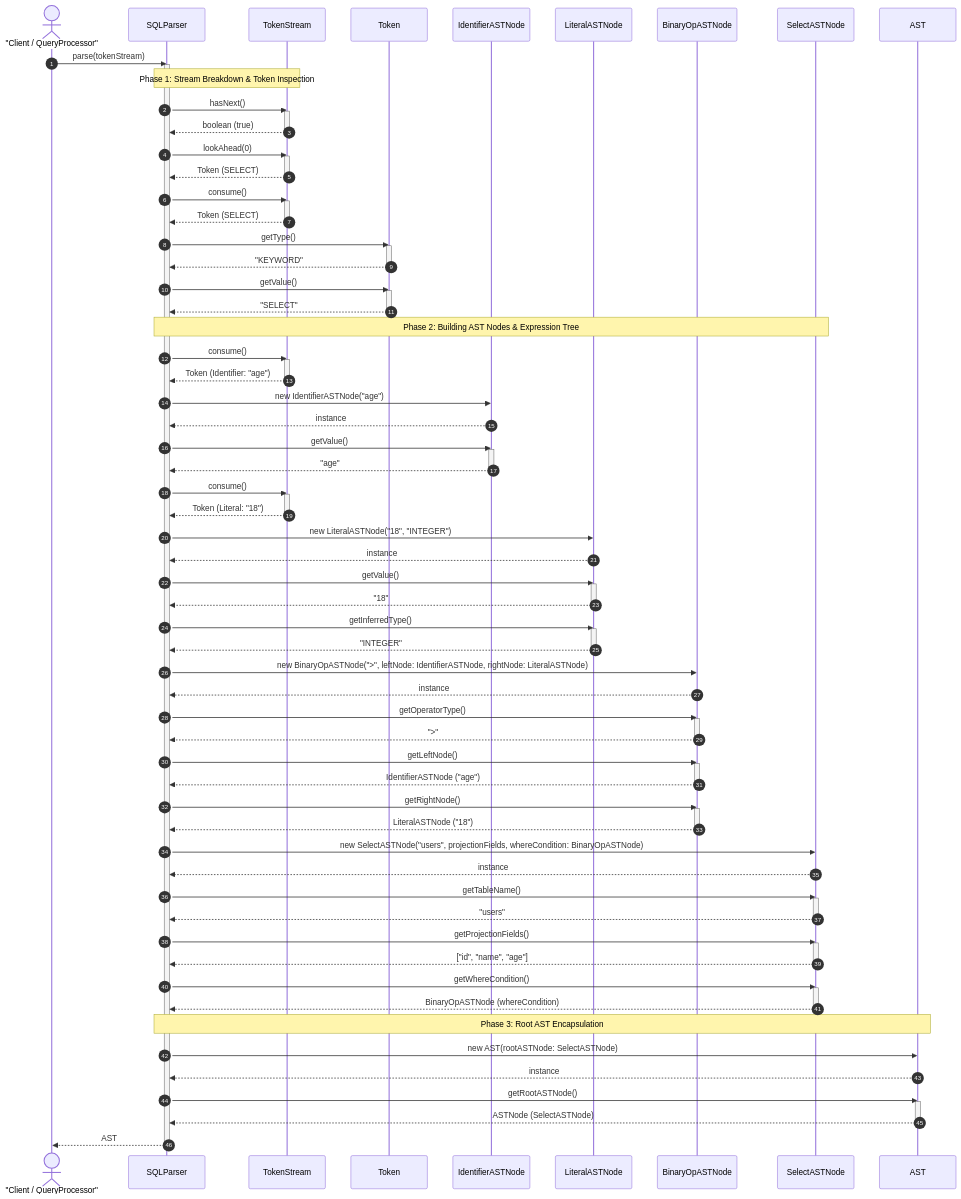
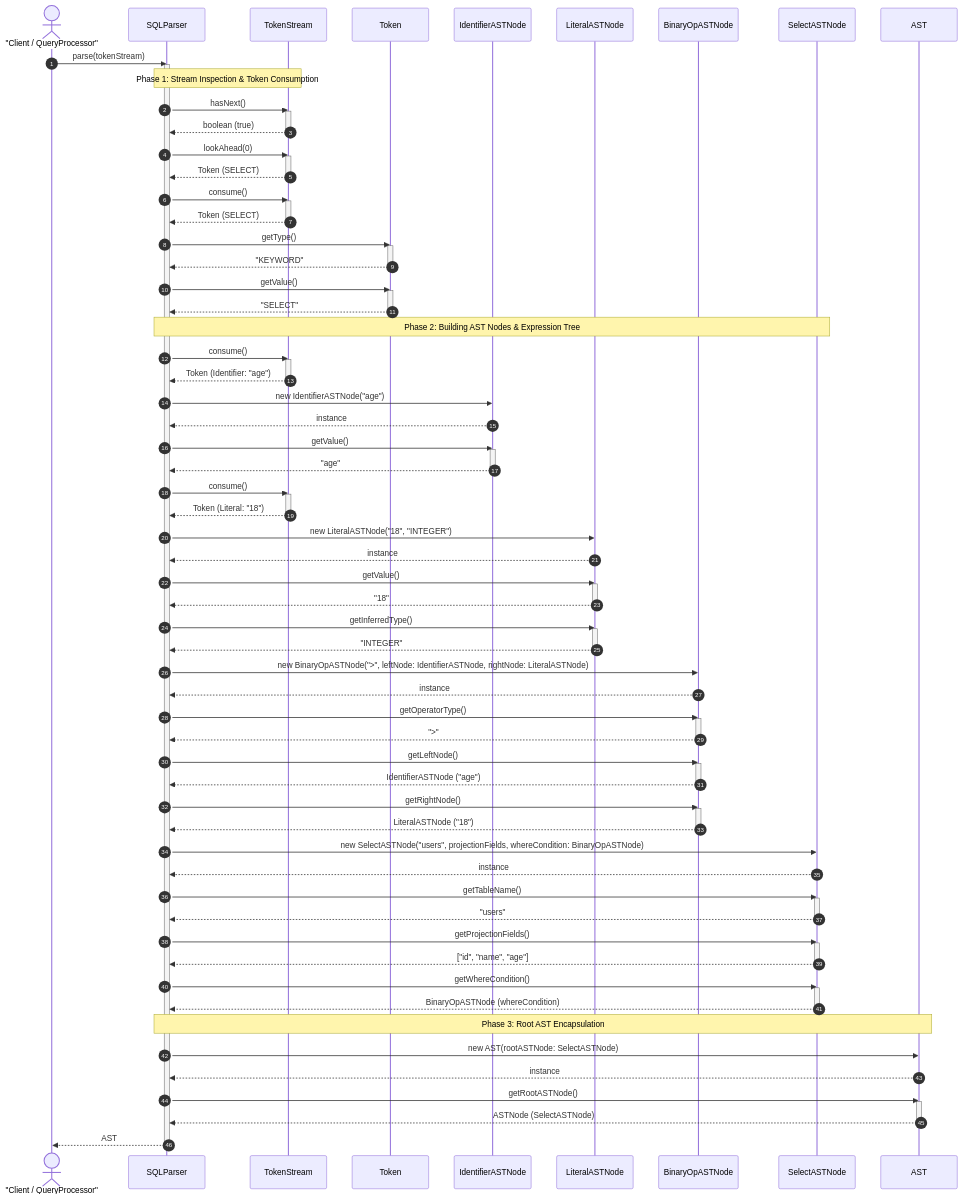
One commit to Dikhang1112/Database_Management_BBV changed the diagram in docs/sequece_diagram/query_processor/detail/Sqlparser.md. Above: the diagram before and after it, drawn with Mermaid. The commit also changed 2 other files, not shown here.

Commit message:
Add sequece diagram unit test of SqlParser, Lexer, QueryOptimized

```diff
--- a/docs/sequece_diagram/query_processor/detail/Sqlparser.md
+++ b/docs/sequece_diagram/query_processor/detail/Sqlparser.md
@@ -13,12 +13,11 @@
 
     %% =====================================================
     %% GIAI ĐOẠN 1: LEXICAL STREAM CONSUMPTION
-    %% (Duyệt và lấy các Token từ TokenStream)
     %% =====================================================
     Client->>Parser: parse(tokenStream)
     activate Parser
     
-    Note over Parser, TS: Phase 1: Stream Breakdown & Token Inspection
+    Note over Parser, TS: Phase 1: Stream Inspection & Token Consumption
     Parser->>TS: hasNext()
     activate TS
     TS-->>Parser: boolean (true)
@@ -46,7 +45,6 @@
 
     %% =====================================================
     %% GIAI ĐOẠN 2: AST NODE TREE CONSTRUCTION
-    %% (Xây dựng các nút cây AST đa hình & biểu thức điều kiện)
     %% =====================================================
     Note over Parser, SelectNode: Phase 2: Building AST Nodes & Expression Tree
 
@@ -114,7 +112,6 @@
 
     %% =====================================================
     %% GIAI ĐOẠN 3: AST TREE ROOT ENCAPSULATION
-    %% (Đóng gói nút gốc vào đối tượng AST)
     %% =====================================================
     Note over Parser, AST: Phase 3: Root AST Encapsulation
     Parser->>AST: new AST(rootASTNode: SelectASTNode)
```
